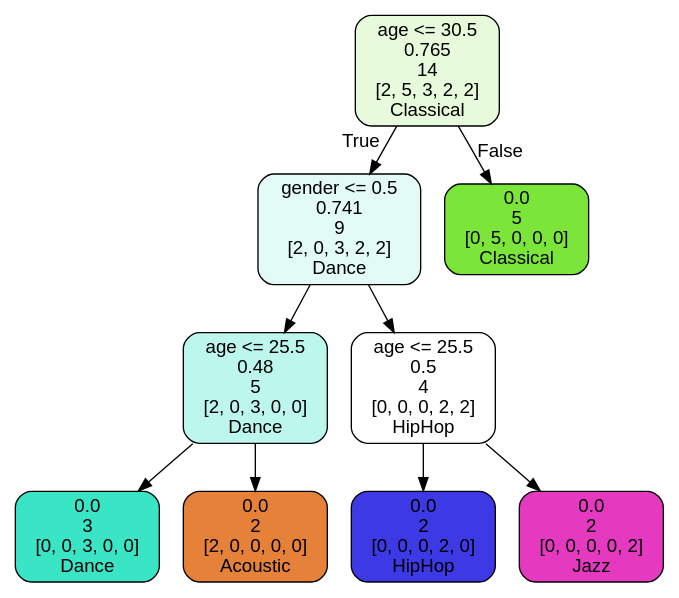
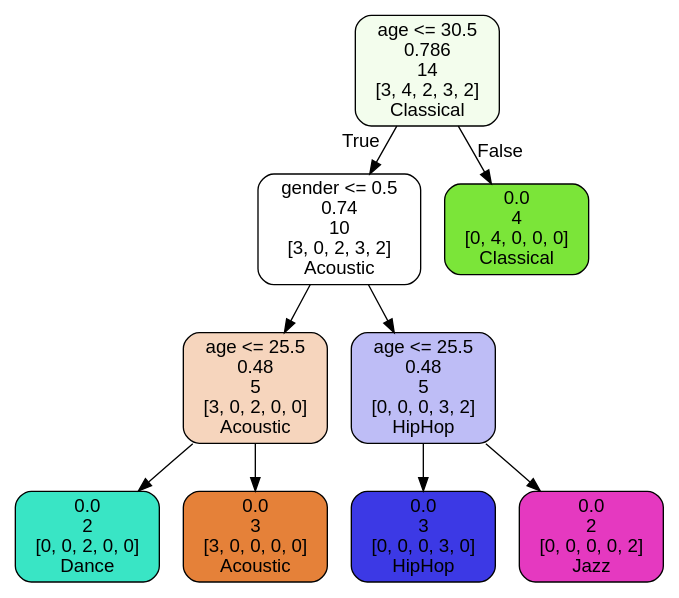
One commit to shubhamgamey/ML-DS changed the diagram in Third.dot. Above: the diagram before and after it, drawn with Graphviz. The commit also changed 8 other files, not shown here.

```diff
--- a/Third.dot
+++ b/Third.dot
@@ -1,21 +1,21 @@
 digraph Tree {
 node [shape=box, style="filled, rounded", color="black", fontname=helvetica] ;
 edge [fontname=helvetica] ;
-0 [label="age <= 30.5\n0.765\n14\n[2, 5, 3, 2, 2]\nClassical", fillcolor="#e7fadb"] ;
-1 [label="gender <= 0.5\n0.741\n9\n[2, 0, 3, 2, 2]\nDance", fillcolor="#e3fbf7"] ;
+0 [label="age <= 30.5\n0.786\n14\n[3, 4, 2, 3, 2]\nClassical", fillcolor="#f3fded"] ;
+1 [label="gender <= 0.5\n0.74\n10\n[3, 0, 2, 3, 2]\nAcoustic", fillcolor="#ffffff"] ;
 0 -> 1 [labeldistance=2.5, labelangle=45, headlabel="True"] ;
-2 [label="age <= 25.5\n0.48\n5\n[2, 0, 3, 0, 0]\nDance", fillcolor="#bdf6ec"] ;
+2 [label="age <= 25.5\n0.48\n5\n[3, 0, 2, 0, 0]\nAcoustic", fillcolor="#f6d5bd"] ;
 1 -> 2 ;
-3 [label="0.0\n3\n[0, 0, 3, 0, 0]\nDance", fillcolor="#39e5c5"] ;
+3 [label="0.0\n2\n[0, 0, 2, 0, 0]\nDance", fillcolor="#39e5c5"] ;
 2 -> 3 ;
-4 [label="0.0\n2\n[2, 0, 0, 0, 0]\nAcoustic", fillcolor="#e58139"] ;
+4 [label="0.0\n3\n[3, 0, 0, 0, 0]\nAcoustic", fillcolor="#e58139"] ;
 2 -> 4 ;
-5 [label="age <= 25.5\n0.5\n4\n[0, 0, 0, 2, 2]\nHipHop", fillcolor="#ffffff"] ;
+5 [label="age <= 25.5\n0.48\n5\n[0, 0, 0, 3, 2]\nHipHop", fillcolor="#bebdf6"] ;
 1 -> 5 ;
-6 [label="0.0\n2\n[0, 0, 0, 2, 0]\nHipHop", fillcolor="#3c39e5"] ;
+6 [label="0.0\n3\n[0, 0, 0, 3, 0]\nHipHop", fillcolor="#3c39e5"] ;
 5 -> 6 ;
 7 [label="0.0\n2\n[0, 0, 0, 0, 2]\nJazz", fillcolor="#e539c0"] ;
 5 -> 7 ;
-8 [label="0.0\n5\n[0, 5, 0, 0, 0]\nClassical", fillcolor="#7be539"] ;
+8 [label="0.0\n4\n[0, 4, 0, 0, 0]\nClassical", fillcolor="#7be539"] ;
 0 -> 8 [labeldistance=2.5, labelangle=-45, headlabel="False"] ;
 }
```
